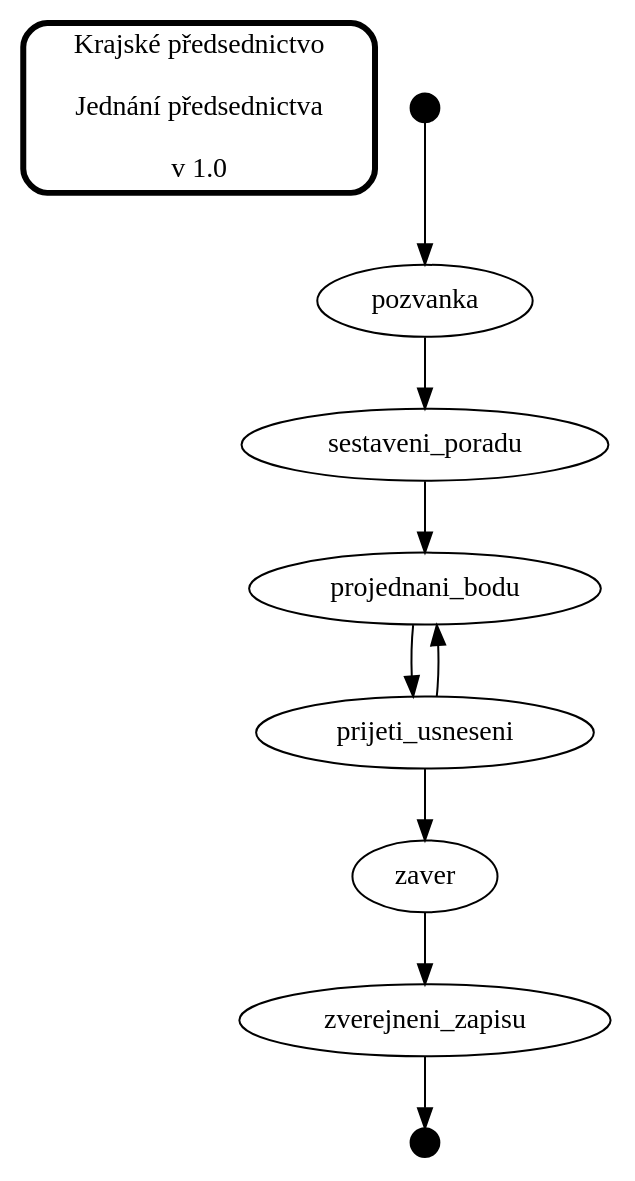
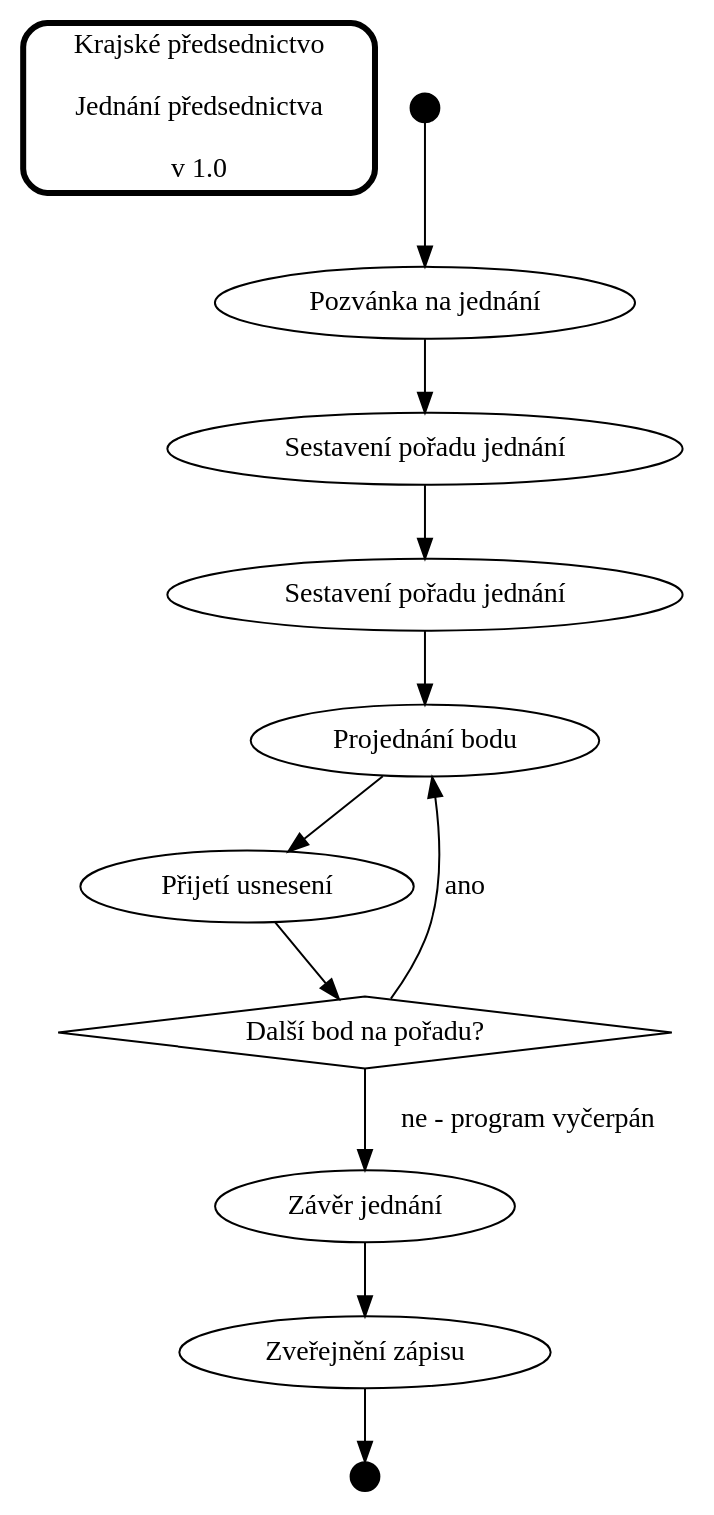
Before and after one commit to jstrachota/party_processes: the diagram in _data/processes/jednani_predsednictva.dot, drawn with Graphviz.

Commit message:
Aktualizace grafu jednání KrP

```diff
--- a/_data/processes/jednani_predsednictva.dot
+++ b/_data/processes/jednani_predsednictva.dot
@@ -1,9 +1,21 @@
 digraph G {
   owner [shape=rect style=rounded penwidth=3 height=1.0 label="Krajské předsednictvo\n\nJednání předsednictva\n\nv 1.0"]  
 
-  start -> pozvanka -> sestaveni_poradu -> projednani_bodu -> prijeti_usneseni -> zaver -> zverejneni_zapisu -> end
-  prijeti_usneseni -> projednani_bodu
-  
+  start -> pozvanka -> urceni_zapisovatele -> sestaveni_poradu -> projednani_bodu -> prijeti_usneseni -> je_dalsi_bod
+  je_dalsi_bod -> projednani_bodu [label="ano"]
+  je_dalsi_bod -> zaver [label="ne - program vyčerpán"]
+  zaver -> zverejneni_zapisu -> end
+
+  je_dalsi_bod [shape=diamond label="Další bod na pořadu?"]
+
+  pozvanka [label="Pozvánka na jednání"]
+  urceni_zapisovatele [label="Sestavení pořadu jednání"]
+  sestaveni_poradu [label="Sestavení pořadu jednání"]
+  projednani_bodu [label="Projednání bodu"]
+  prijeti_usneseni [label="Přijetí usnesení"]
+  zaver [label="Závěr jednání"]
+  zverejneni_zapisu [label="Zveřejnění zápisu"]
+
   start [shape=point height=0.2 label="Start"]
   end [shape=point height=0.2 label="Konec"]
 }
```
